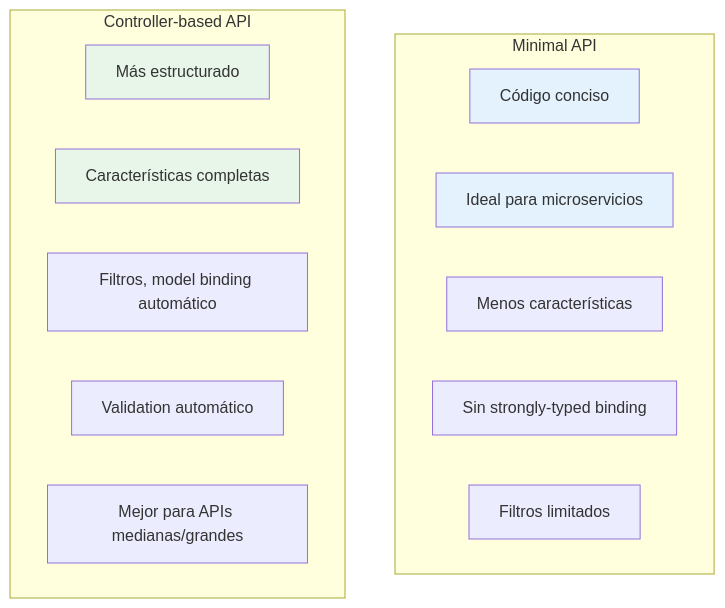
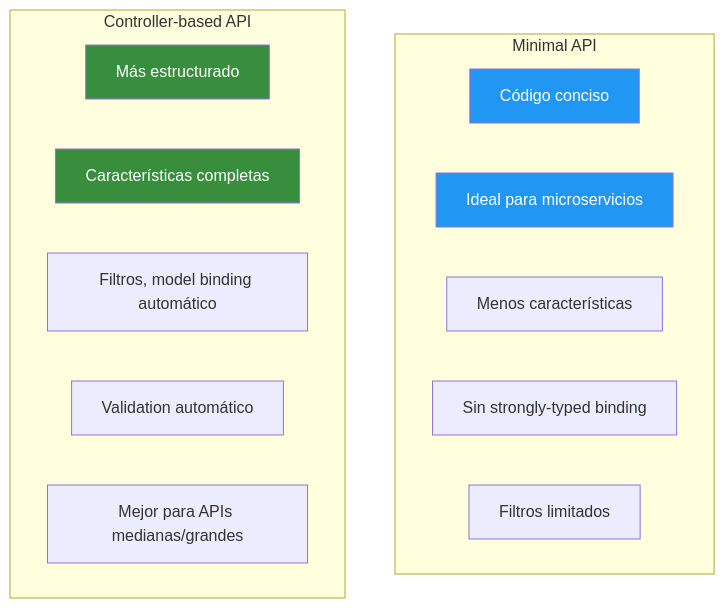
One commit to joseluisgs/TiendaDawApi-NetCore changed the sixth of 8 diagrams in doc/02-arquitectura-pipeline-http.md. Above: the diagram before and after it, drawn with Mermaid. The commit also changed other lines of this file and 6 other files, not shown here.

Commit message:
docs: Corregir colores de diagramas Mermaid y comentarios en Program.cs

````diff
--- a/doc/02-arquitectura-pipeline-http.md
+++ b/doc/02-arquitectura-pipeline-http.md
@@ -652,23 +652,23 @@
 ```mermaid
 flowchart TB
     subgraph "Minimal API"
         A1["Código conciso"]
         A2["Ideal para microservicios"]
         A3["Menos características"]
         A4["Sin strongly-typed binding"]
         A5["Filtros limitados"]
     end
     
     subgraph "Controller-based API"
         B1["Más estructurado"]
         B2["Características completas"]
         B3["Filtros, model binding automático"]
         B4["Validation automático"]
         B5["Mejor para APIs medianas/grandes"]
     end
     
-    style A1 fill:#E3F2FD
-    style A2 fill:#E3F2FD
-    style B1 fill:#E8F5E9
-    style B2 fill:#E8F5E9
+    style A1 fill:#2196F3,color:#ffffff
+    style A2 fill:#2196F3,color:#ffffff
+    style B1 fill:#388E3C,color:#ffffff
+    style B2 fill:#388E3C,color:#ffffff
 ```
````
